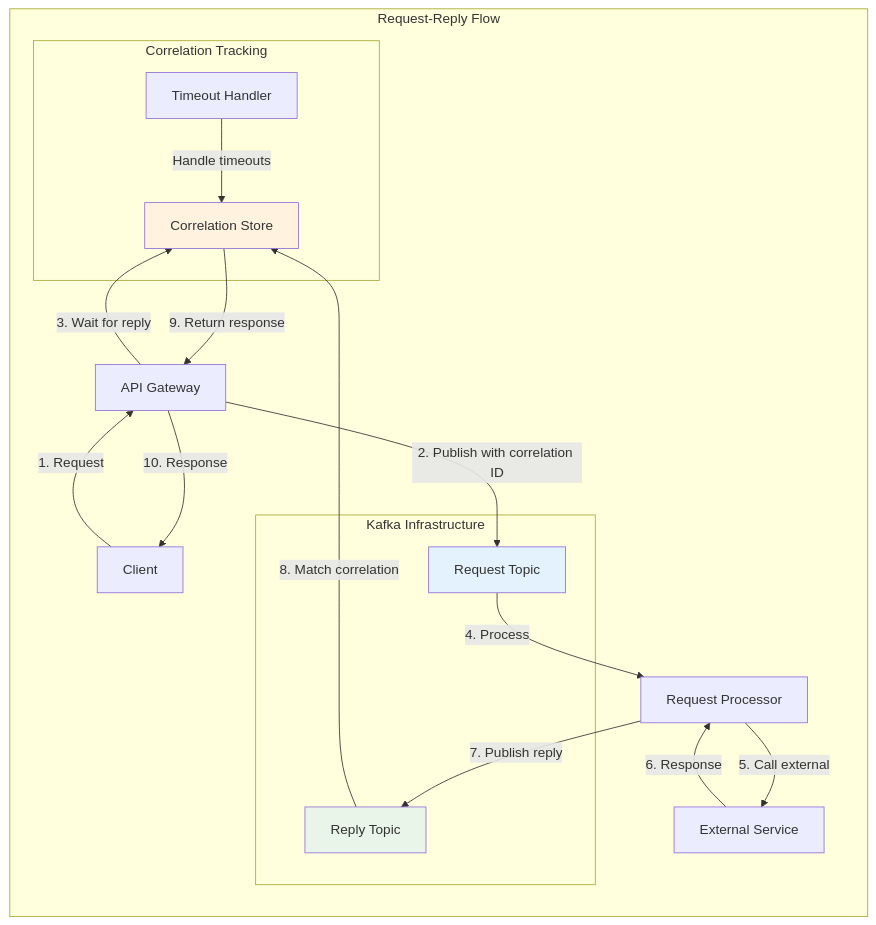
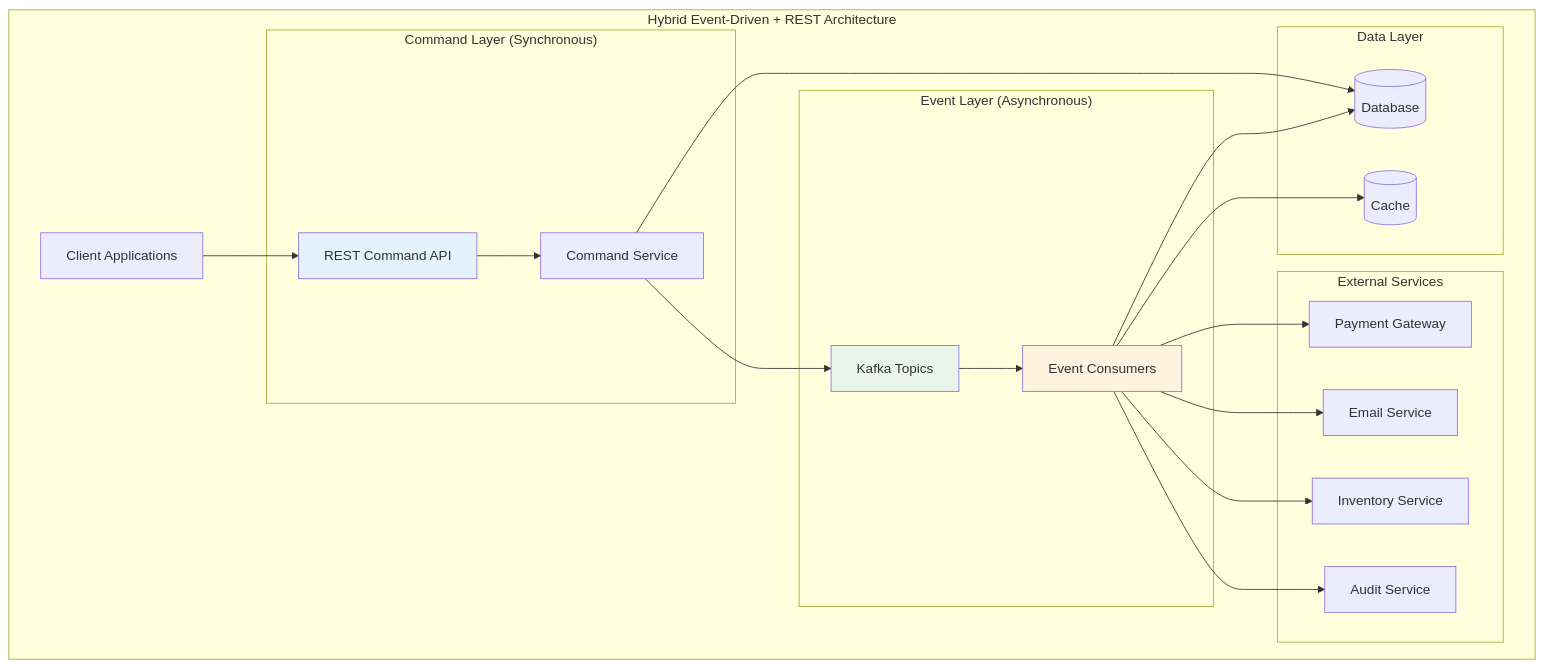
Before and after one commit to vorrawut/KafkaStarter: the first of 2 diagrams in class/modules/lesson_13/concept.md, drawn with Mermaid. The commit also changed other lines of this file and 204 other files, not shown here.

````diff
--- a/class/modules/lesson_13/concept.md
+++ b/class/modules/lesson_13/concept.md
@@ -11,39 +13,45 @@
 ```mermaid
-graph LR
-    subgraph "Request-Reply Flow"
-        CLIENT[Client]
-        API[API Gateway]
+graph TB
+    subgraph "Hybrid Event-Driven + REST Architecture"
+        CLIENT[Client Applications]
         
-        subgraph "Kafka Infrastructure"
-            REQ_TOPIC[Request Topic]
-            REPLY_TOPIC[Reply Topic]
+        subgraph "Command Layer (Synchronous)"
+            REST_API[REST Command API]
+            COMMAND_SERVICE[Command Service]
         end
         
-        PROCESSOR[Request Processor]
-        EXTERNAL[External Service]
+        subgraph "Event Layer (Asynchronous)"
+            KAFKA[Kafka Topics]
+            EVENT_CONSUMERS[Event Consumers]
+        end
         
-        subgraph "Correlation Tracking"
-            CORRELATION[Correlation Store]
-            TIMEOUT[Timeout Handler]
+        subgraph "External Services"
+            PAYMENT[Payment Gateway]
+            EMAIL[Email Service]
+            INVENTORY[Inventory Service]
+            AUDIT[Audit Service]
+        end
+        
+        subgraph "Data Layer"
+            DATABASE[(Database)]
+            CACHE[(Cache)]
         end
     end
     
-    CLIENT -->|1. Request| API
-    API -->|2. Publish with correlation ID| REQ_TOPIC
-    API -->|3. Wait for reply| CORRELATION
+    CLIENT --> REST_API
+    REST_API --> COMMAND_SERVICE
+    COMMAND_SERVICE --> KAFKA
+    COMMAND_SERVICE --> DATABASE
     
-    REQ_TOPIC -->|4. Process| PROCESSOR
-    PROCESSOR -->|5. Call external| EXTERNAL
-    EXTERNAL -->|6. Response| PROCESSOR
-    PROCESSOR -->|7. Publish reply| REPLY_TOPIC
+    KAFKA --> EVENT_CONSUMERS
+    EVENT_CONSUMERS --> PAYMENT
+    EVENT_CONSUMERS --> EMAIL
+    EVENT_CONSUMERS --> INVENTORY
+    EVENT_CONSUMERS --> AUDIT
+    EVENT_CONSUMERS --> DATABASE
+    EVENT_CONSUMERS --> CACHE
     
-    REPLY_TOPIC -->|8. Match correlation| CORRELATION
-    CORRELATION -->|9. Return response| API
-    API -->|10. Response| CLIENT
-    
-    TIMEOUT -->|Handle timeouts| CORRELATION
-    
-    style REQ_TOPIC fill:#e3f2fd
-    style REPLY_TOPIC fill:#e8f5e8
-    style CORRELATION fill:#fff3e0
+    style REST_API fill:#e3f2fd
+    style KAFKA fill:#e8f5e8
+    style EVENT_CONSUMERS fill:#fff3e0
 ```
````
